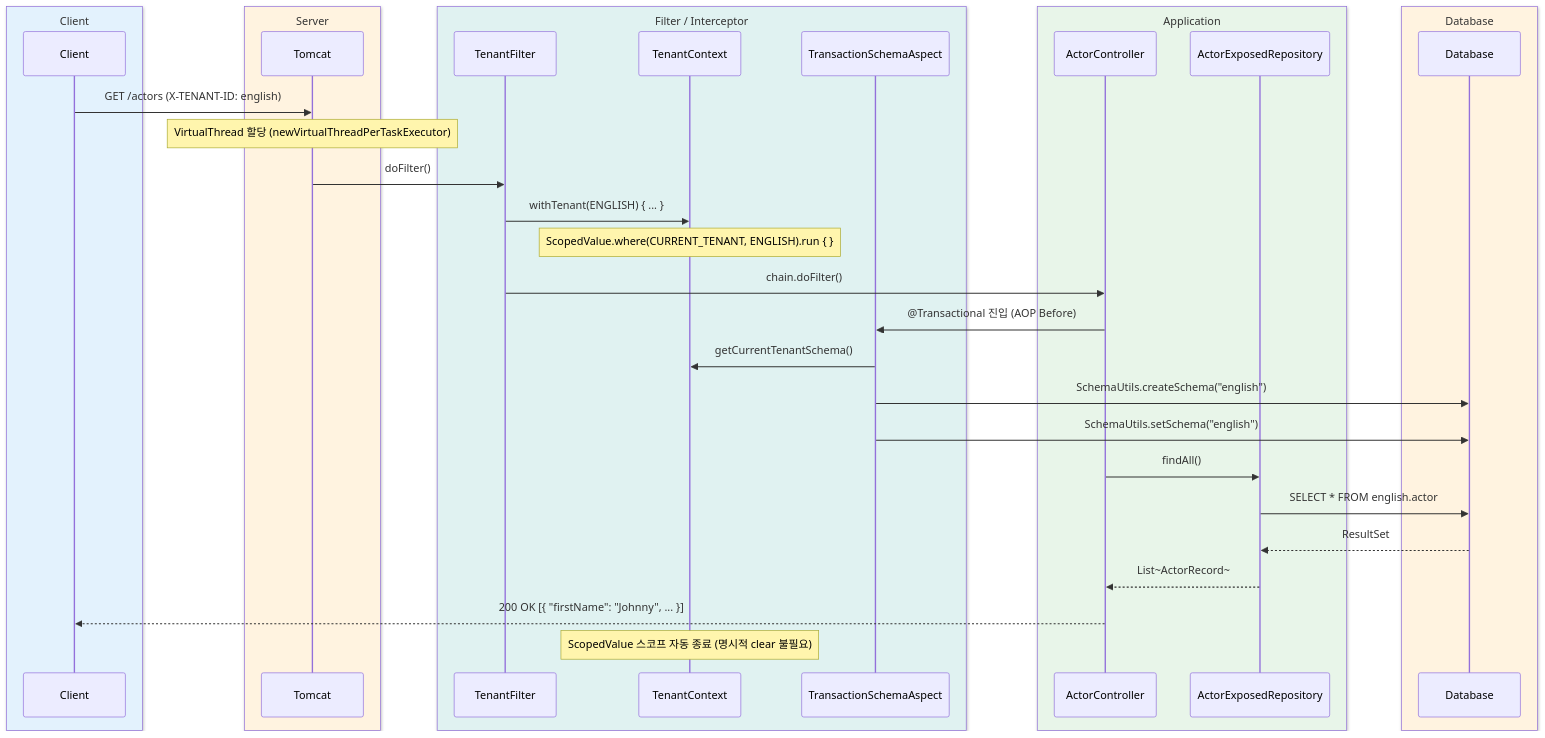
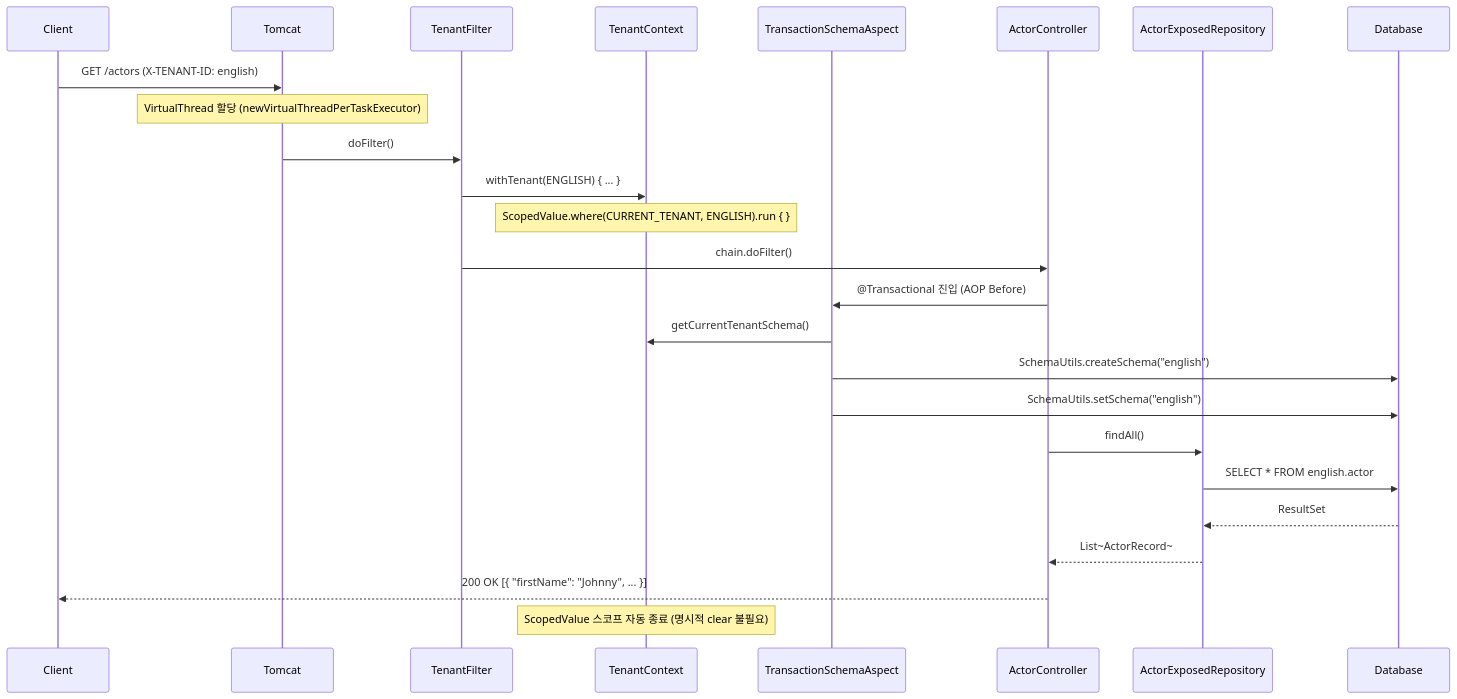
The fourth of 4 diagrams in 10-multi-tenant/02-multitenant-spring-web-virtualthread/README.ko.md (bluetape4k/exposed-workshop), drawn with Mermaid before and after one commit. The commit also changed 42 other files, not shown here.

First line of the commit message:
docs: sequence diagram에서 box rgb() 제거 (option 1 - GitHub dark mode 기본 렌더링 사용)

````diff
--- a/10-multi-tenant/02-multitenant-spring-web-virtualthread/README.ko.md
+++ b/10-multi-tenant/02-multitenant-spring-web-virtualthread/README.ko.md
@@ -178,43 +178,33 @@
 ```mermaid
 %%{init: {"theme": "neutral", "themeVariables": {"fontFamily": "'Comic Mono', 'goorm sans code', 'JetBrains Mono', 'goorm sans'"}}}%%
 sequenceDiagram
-    box rgb(227, 242, 253) Client
-        participant Client
-    end
-    box rgb(255, 243, 224) Server
-        participant Tomcat
-    end
-    box rgb(224, 242, 241) Filter / Interceptor
-        participant TenantFilter
-        participant TenantContext
-        participant TransactionSchemaAspect
-    end
-    box rgb(232, 245, 233) Application
-        participant ActorController
-        participant ActorExposedRepository
-    end
-    box rgb(255, 243, 224) Database
-        participant Database
-    end
+    participant Client
+    participant Tomcat
+    participant TenantFilter
+    participant TenantContext
+    participant TransactionSchemaAspect
+    participant ActorController
+    participant ActorExposedRepository
+    participant Database
 
     Client->>Tomcat: GET /actors (X-TENANT-ID: english)
     Note over Tomcat: VirtualThread 할당 (newVirtualThreadPerTaskExecutor)
 
     Tomcat->>TenantFilter: doFilter()
     TenantFilter->>TenantContext: withTenant(ENGLISH) { ... }
     Note over TenantContext: ScopedValue.where(CURRENT_TENANT, ENGLISH).run { }
 
     TenantFilter->>ActorController: chain.doFilter()
     ActorController->>TransactionSchemaAspect: @Transactional 진입 (AOP Before)
     TransactionSchemaAspect->>TenantContext: getCurrentTenantSchema()
     TransactionSchemaAspect->>Database: SchemaUtils.createSchema("english")
     TransactionSchemaAspect->>Database: SchemaUtils.setSchema("english")
 
     ActorController->>ActorExposedRepository: findAll()
     ActorExposedRepository->>Database: SELECT * FROM english.actor
     Database-->>ActorExposedRepository: ResultSet
     ActorExposedRepository-->>ActorController: List~ActorRecord~
     ActorController-->>Client: 200 OK [{ "firstName": "Johnny", ... }]
 
     Note over TenantContext: ScopedValue 스코프 자동 종료 (명시적 clear 불필요)
 ```
````
